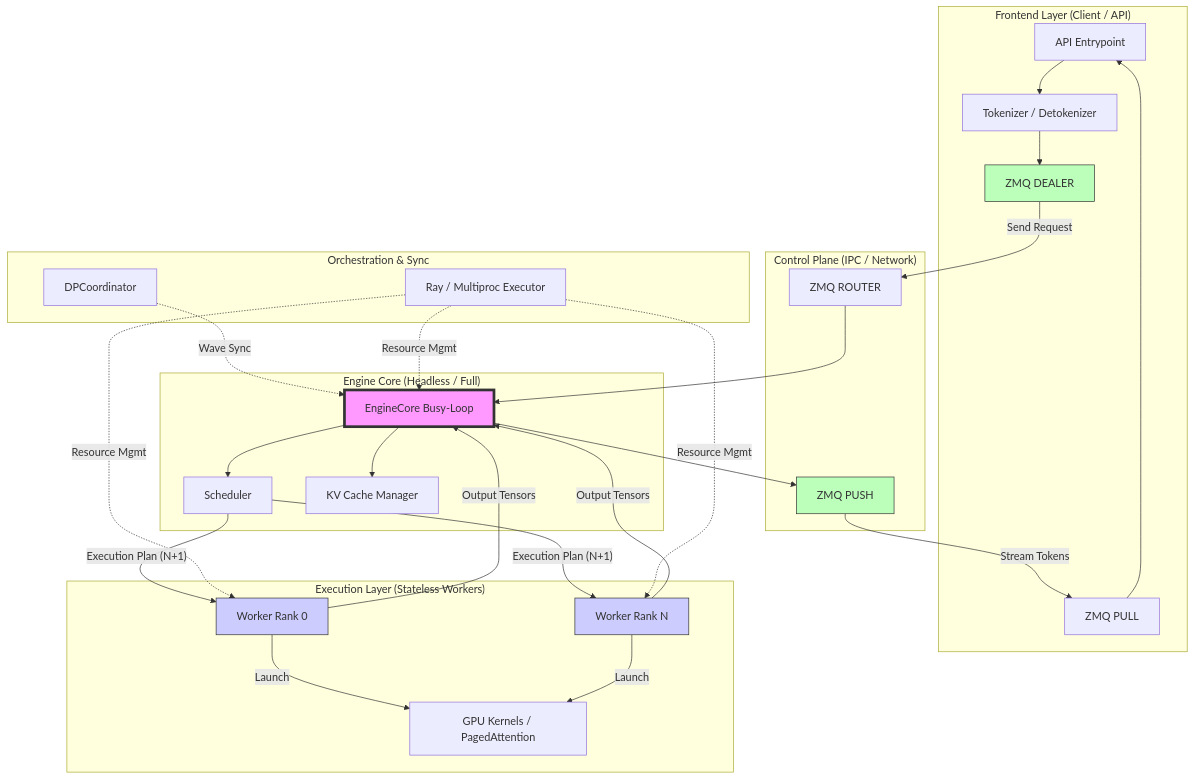
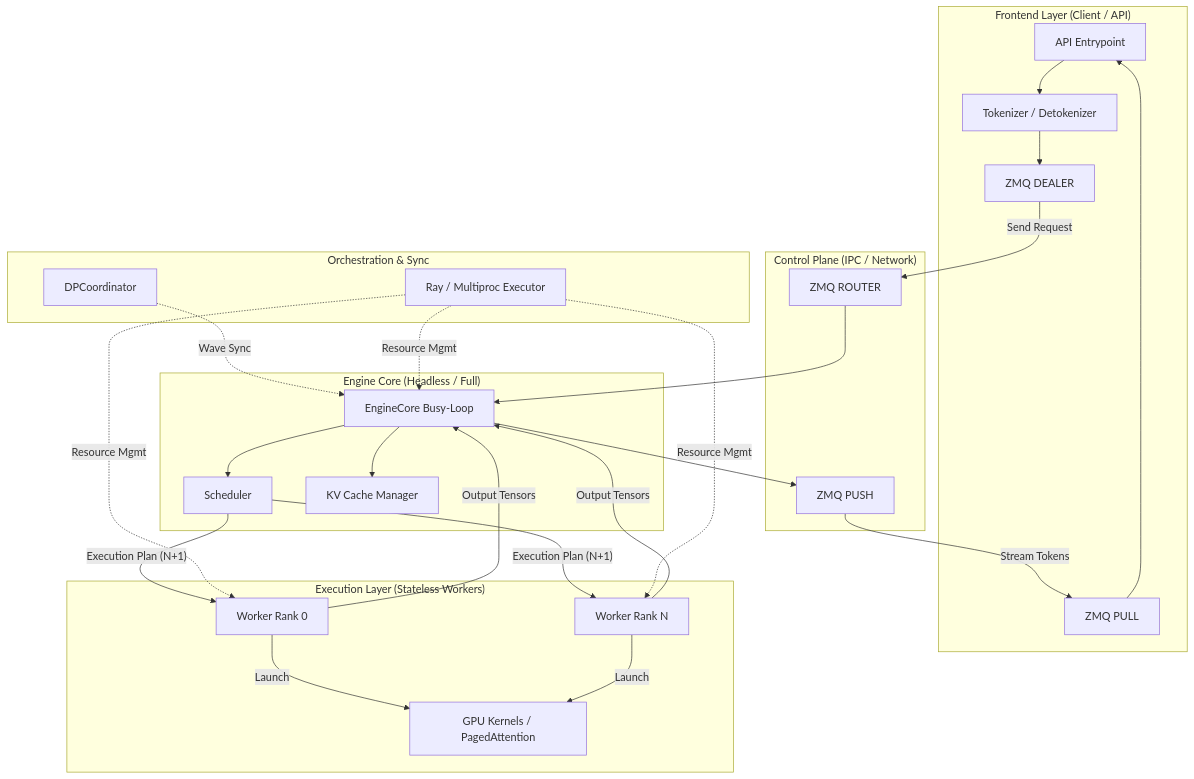
One commit to quanhua92/tutorials changed the diagram in vllm/courses/chapter_01_architecture.md. Above: the diagram before and after it, drawn with Mermaid. The commit also changed 10 other files, not shown here.

Commit message:
chore: improve vllm course mermaid styles

````diff
--- a/vllm/courses/chapter_01_architecture.md
+++ b/vllm/courses/chapter_01_architecture.md
@@ -3,64 +3,58 @@
 ```mermaid
-graph TD
+flowchart TD
     subgraph FE ["Frontend Layer (Client / API)"]
         FE_API["API Entrypoint"]
         FE_TOK["Tokenizer / Detokenizer"]
         ZMQ_DEALER["ZMQ DEALER"]
         ZMQ_PULL["ZMQ PULL"]
     end
 
     subgraph CP ["Control Plane (IPC / Network)"]
         ZMQ_ROUTER["ZMQ ROUTER"]
         ZMQ_PUSH["ZMQ PUSH"]
     end
 
     subgraph CORE ["Engine Core (Headless / Full)"]
         CORE_LOOP["EngineCore Busy-Loop"]
         CORE_SCHED["Scheduler"]
         CORE_KV["KV Cache Manager"]
         CORE_LOOP --> CORE_SCHED
         CORE_LOOP --> CORE_KV
     end
 
     subgraph EXEC ["Execution Layer (Stateless Workers)"]
         WORKER_0["Worker Rank 0"]
         WORKER_N["Worker Rank N"]
         GPU_K["GPU Kernels / PagedAttention"]
         WORKER_0 -- "Launch" --> GPU_K
         WORKER_N -- "Launch" --> GPU_K
     end
 
     subgraph ORCH ["Orchestration & Sync"]
         RAY_MGR["Ray / Multiproc Executor"]
         DP_COORD["DPCoordinator"]
     end
 
     %% Request Path
     FE_API --> FE_TOK
     FE_TOK --> ZMQ_DEALER
     ZMQ_DEALER -- "Send Request" --> ZMQ_ROUTER
     ZMQ_ROUTER --> CORE_LOOP
 
     %% Execution Path
     CORE_SCHED -- "Execution Plan (N+1)" --> WORKER_0
     CORE_SCHED -- "Execution Plan (N+1)" --> WORKER_N
 
     %% Response Path
     WORKER_0 -- "Output Tensors" --> CORE_LOOP
     WORKER_N -- "Output Tensors" --> CORE_LOOP
     CORE_LOOP --> ZMQ_PUSH
     ZMQ_PUSH -- "Stream Tokens" --> ZMQ_PULL
     ZMQ_PULL --> FE_API
 
     %% Coordination
     DP_COORD -. "Wave Sync" .-> CORE_LOOP
     RAY_MGR -. "Resource Mgmt" .-> CORE_LOOP
     RAY_MGR -. "Resource Mgmt" .-> WORKER_0
     RAY_MGR -. "Resource Mgmt" .-> WORKER_N
-
-    style CORE_LOOP fill:#f9f,stroke:#333,stroke-width:4px
-    style WORKER_0 fill:#ccf,stroke:#333
-    style WORKER_N fill:#ccf,stroke:#333
-    style ZMQ_DEALER fill:#bfb,stroke:#333
-    style ZMQ_PUSH fill:#bfb,stroke:#333
 ```
````
